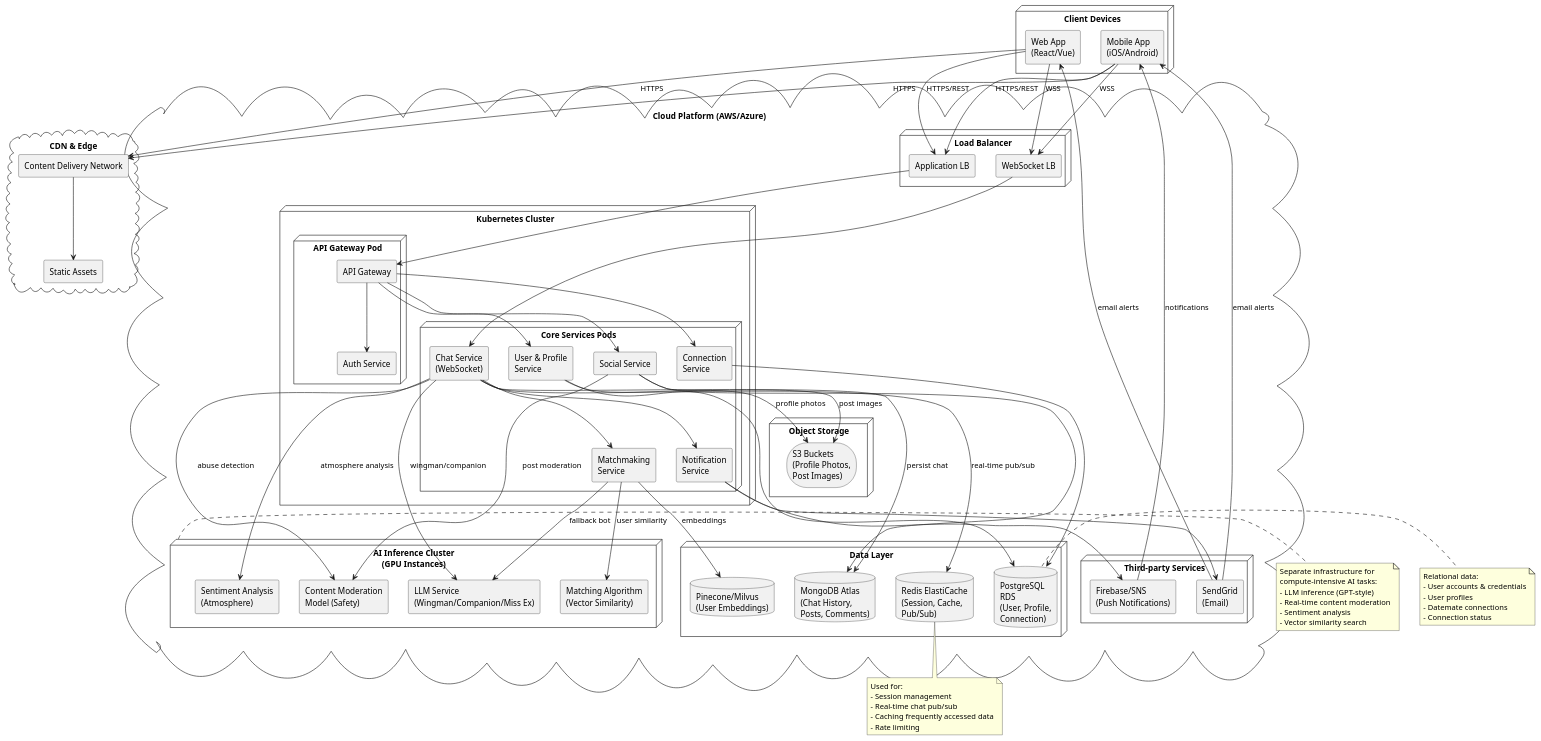
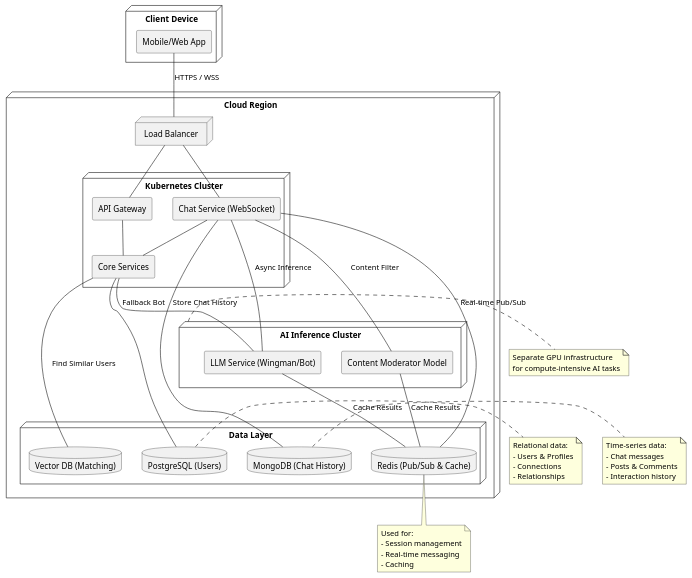
The diagram in doc/diagrams/deployment.puml (TerenceSoOn/software_design_assessment), drawn with PlantUML before and after one commit.

```diff
--- a/doc/diagrams/deployment.puml
+++ b/doc/diagrams/deployment.puml
@@ -1,148 +1,82 @@
 @startuml
 skinparam componentStyle rectangle
 
-' Client Tier
-node "Client Devices" {
-  [Mobile App\n(iOS/Android)] as Mobile
-  [Web App\n(React/Vue)] as Web
+node "Client Device" {
+  [Mobile/Web App] as Client
 }
 
-' Edge/CDN Layer
-cloud "CDN & Edge" {
-  [Content Delivery Network] as CDN
-  [Static Assets] as Assets
-}
-
-' Cloud Infrastructure
-cloud "Cloud Platform (AWS/Azure)" {
+node "Cloud Region" {
+  node "Load Balancer" as LB
   
-  ' Load Balancing
-  node "Load Balancer" as LB {
-    [Application LB] as ALB
-    [WebSocket LB] as WSLB
+  node "Kubernetes Cluster" {
+    [API Gateway] as Gateway
+    [Chat Service (WebSocket)] as ChatSvc
+    [Core Services] as CoreSvc
   }
   
-  ' Application Tier
-  node "Kubernetes Cluster" {
-    
-    node "API Gateway Pod" {
-      component "API Gateway" as Gateway
-      component "Auth Service" as Auth
-    }
-    
-    node "Core Services Pods" {
-      component "User & Profile\nService" as UserSvc
-      component "Matchmaking\nService" as MatchSvc
-      component "Chat Service\n(WebSocket)" as ChatSvc
-      component "Connection\nService" as ConnSvc
-      component "Social Service" as SocialSvc
-      component "Notification\nService" as NotifSvc
-    }
+  node "AI Inference Cluster" {
+    [LLM Service (Wingman/Bot)] as LLM
+    [Content Moderator Model] as Safety
   }
   
-  ' AI Infrastructure
-  node "AI Inference Cluster\n(GPU Instances)" {
-    component "LLM Service\n(Wingman/Companion/Miss Ex)" as LLM
-    component "Content Moderation\nModel (Safety)" as Safety
-    component "Sentiment Analysis\n(Atmosphere)" as Sentiment
-    component "Matching Algorithm\n(Vector Similarity)" as Matching
-  }
-  
-  ' Data Tier
   node "Data Layer" {
-    database "PostgreSQL\nRDS\n(User, Profile,\nConnection)" as Postgres
-    database "MongoDB Atlas\n(Chat History,\nPosts, Comments)" as Mongo
-    database "Redis ElastiCache\n(Session, Cache,\nPub/Sub)" as Redis
-    database "Pinecone/Milvus\n(User Embeddings)" as Vector
-  }
-  
-  ' Storage
-  node "Object Storage" {
-    storage "S3 Buckets\n(Profile Photos,\nPost Images)" as S3
-  }
-  
-  ' External Services
-  node "Third-party Services" {
-    [SendGrid\n(Email)] as Email
-    [Firebase/SNS\n(Push Notifications)] as Push
+    database "PostgreSQL (Users)" as Postgres
+    database "Redis (Pub/Sub & Cache)" as Redis
+    database "MongoDB (Chat History)" as Mongo
+    database "Vector DB (Matching)" as VectorDB
   }
 }
 
-' Connections - Client to Edge
-Mobile --> CDN : HTTPS
-Web --> CDN : HTTPS
-CDN --> Assets
+' Client to Load Balancer
+Client -- LB : HTTPS / WSS
 
-' Connections - Client to Load Balancer
-Mobile --> ALB : HTTPS/REST
-Web --> ALB : HTTPS/REST
-Mobile --> WSLB : WSS
-Web --> WSLB : WSS
+' Load Balancer to Services
+LB -- Gateway
+LB -- ChatSvc
 
-' Load Balancer to Gateway
-ALB --> Gateway
-WSLB --> ChatSvc
+' API Gateway to Core Services
+Gateway -- CoreSvc
 
-' Gateway to Services
-Gateway --> Auth
-Gateway --> UserSvc
-Gateway --> SocialSvc
-Gateway --> ConnSvc
+' Chat Service connections
+ChatSvc -- CoreSvc
+ChatSvc -- LLM : Async Inference
+ChatSvc -- Safety : Content Filter
+ChatSvc -- Redis : Real-time Pub/Sub
+ChatSvc -- Mongo : Store Chat History
 
-' WebSocket to Services
-ChatSvc --> MatchSvc
-ChatSvc --> NotifSvc
+' Core Services to Data
+CoreSvc -- Postgres
+CoreSvc -- VectorDB : Find Similar Users
+CoreSvc -- LLM : Fallback Bot
 
-' Services to AI
-MatchSvc --> Matching : user similarity
-MatchSvc --> LLM : fallback bot
-ChatSvc --> LLM : wingman/companion
-ChatSvc --> Safety : abuse detection
-ChatSvc --> Sentiment : atmosphere analysis
-SocialSvc --> Safety : post moderation
+' AI Services
+Safety -- Redis : Cache Results
+LLM -- Redis : Cache Results
 
-' Services to Data
-UserSvc --> Postgres
-ConnSvc --> Postgres
-SocialSvc --> Mongo
-ChatSvc --> Mongo : persist chat
-ChatSvc --> Redis : real-time pub/sub
-MatchSvc --> Vector : embeddings
-
-' Services to Storage
-UserSvc --> S3 : profile photos
-SocialSvc --> S3 : post images
-
-' External Services
-NotifSvc --> Email
-NotifSvc --> Push
-Push --> Mobile : notifications
-Email --> Mobile : email alerts
-Email --> Web : email alerts
-
-note right of "AI Inference Cluster\n(GPU Instances)"
-  Separate infrastructure for
-  compute-intensive AI tasks:
-  - LLM inference (GPT-style)
-  - Real-time content moderation
-  - Sentiment analysis
-  - Vector similarity search
+note right of "AI Inference Cluster"
+  Separate GPU infrastructure
+  for compute-intensive AI tasks
 end note
 
 note bottom of Redis
   Used for:
   - Session management
-  - Real-time chat pub/sub
-  - Caching frequently accessed data
-  - Rate limiting
+  - Real-time messaging
+  - Caching
 end note
 
 note right of Postgres
   Relational data:
-  - User accounts & credentials
-  - User profiles
-  - Datemate connections
-  - Connection status
+  - Users & Profiles
+  - Connections
+  - Relationships
+end note
+
+note right of Mongo
+  Time-series data:
+  - Chat messages
+  - Posts & Comments
+  - Interaction history
 end note
 
 @enduml
```
